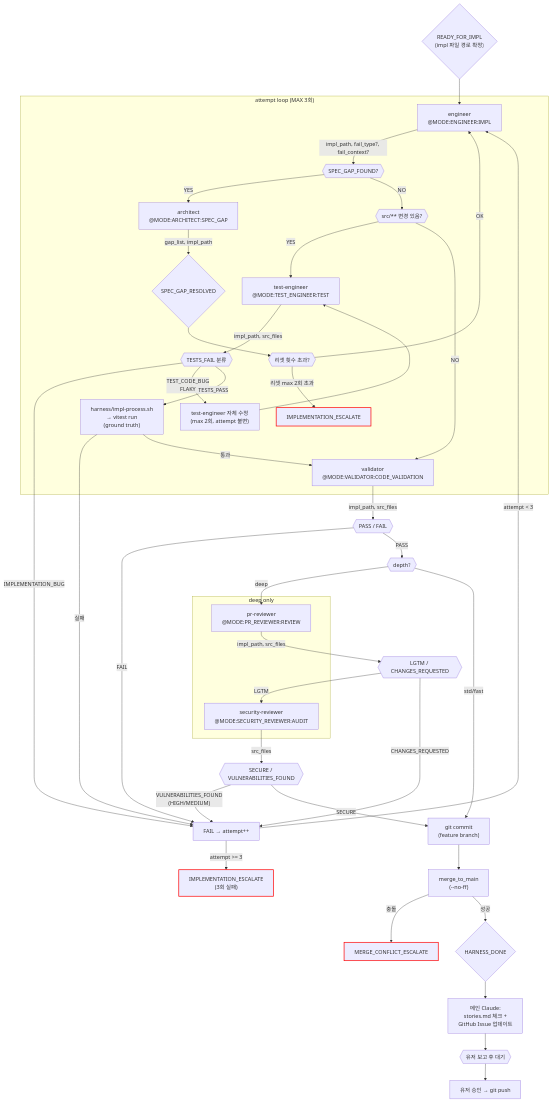
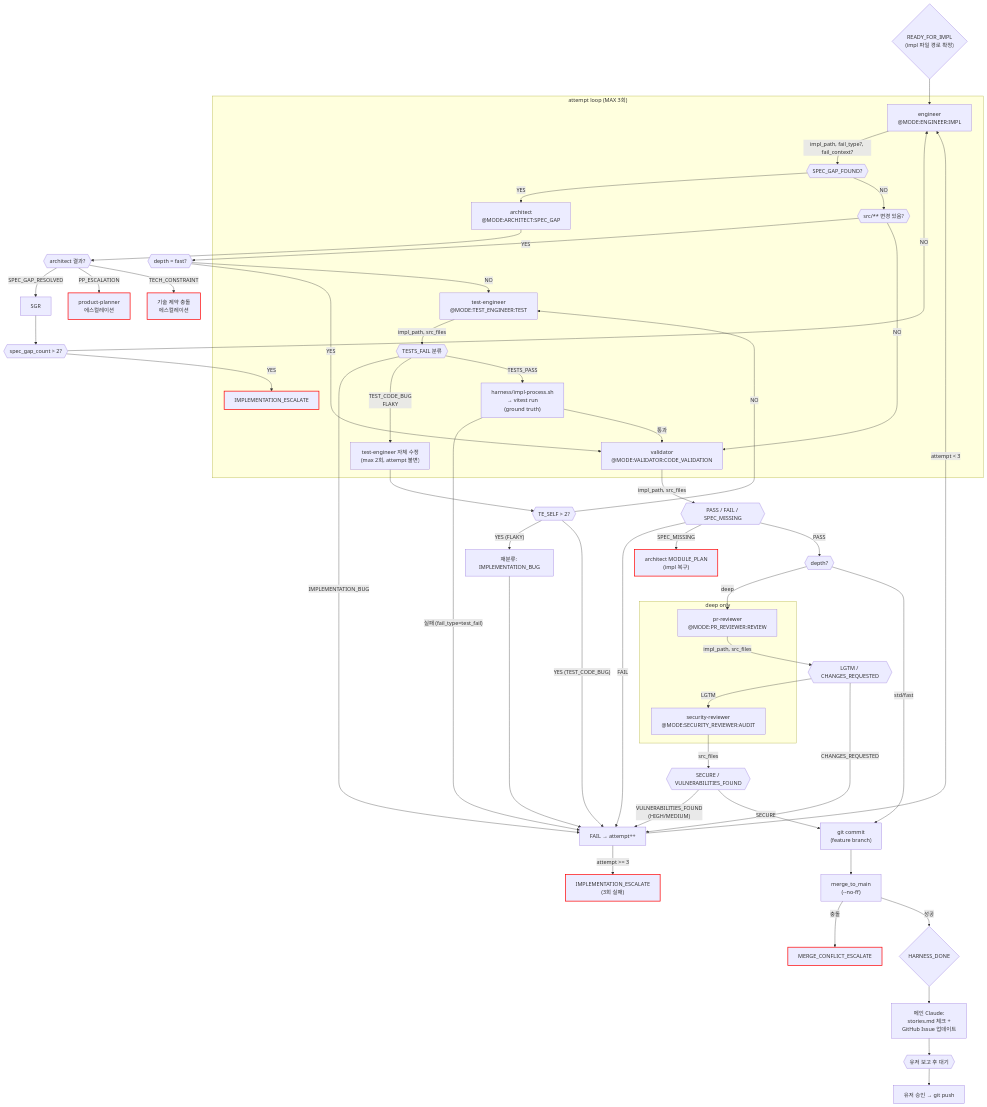
One commit to alruminum/ClaudeCodeAgentPrompt changed the second of 2 diagrams in orchestration/impl.md. Above: the diagram before and after it, drawn with Mermaid. The commit also changed other lines of this file and 4 other files, not shown here.

```diff
--- a/orchestration/impl.md
+++ b/orchestration/impl.md
@@ -47,8 +47,6 @@
         SPEC_CHK{{"SPEC_GAP_FOUND?"}}
 
         ARC_SG["architect\n@MODE:ARCHITECT:SPEC_GAP"]
-        SGR{"SPEC_GAP_RESOLVED"}
-        SG_LIMIT{{"리셋 횟수 초과?"}}
         IMPL_ESC_SG["IMPLEMENTATION_ESCALATE"]:::escalation
 
         SRC_CHK{{"src/** 변경 있음?"}}
@@ -80,27 +78,37 @@
     RFI --> ENG
     ENG -->|"impl_path, fail_type?, fail_context?"| SPEC_CHK
     SPEC_CHK -->|YES| ARC_SG
-    ARC_SG -->|"gap_list, impl_path"| SGR
-    SGR --> SG_LIMIT
-    SG_LIMIT -->|"리셋 max 2회 초과"| IMPL_ESC_SG
-    SG_LIMIT -->|OK| ENG
+    ARC_SG --> SG_RESULT{{"architect 결과?"}}
+    SG_RESULT -->|SPEC_GAP_RESOLVED| SGR
+    SG_RESULT -->|PP_ESCALATION| PP_ESC["product-planner\n에스컬레이션"]:::escalation
+    SG_RESULT -->|TECH_CONSTRAINT| TC_ESC["기술 제약 충돌\n에스컬레이션"]:::escalation
+    SGR --> SG_LIMIT{{"spec_gap_count > 2?"}}
+    SG_LIMIT -->|YES| IMPL_ESC_SG
+    SG_LIMIT -->|NO| ENG
 
     SPEC_CHK -->|NO| SRC_CHK
-    SRC_CHK -->|YES| TE
+    SRC_CHK -->|YES| DEPTH_TE{{"depth = fast?"}}
+        DEPTH_TE -->|YES| VAL_CV
+        DEPTH_TE -->|NO| TE
     TE -->|"impl_path, src_files"| TF_CHK
     TF_CHK -->|IMPLEMENTATION_BUG| FAIL_ROUTE
     TF_CHK -->|"TEST_CODE_BUG\nFLAKY"| TE_SELF
-    TE_SELF --> TE
+    TE_SELF --> TE_LIMIT{{"TE_SELF > 2?"}}
+        TE_LIMIT -->|NO| TE
+        TE_LIMIT -->|"YES (FLAKY)"| RECLASS["재분류: IMPLEMENTATION_BUG"]
+        TE_LIMIT -->|"YES (TEST_CODE_BUG)"| FAIL_ROUTE
+        RECLASS --> FAIL_ROUTE
 
     TF_CHK -->|TESTS_PASS| VITEST
-    VITEST -->|실패| FAIL_ROUTE
+    VITEST -->|"실패 (fail_type=test_fail)"| FAIL_ROUTE
     VITEST -->|통과| VAL_CV
 
     SRC_CHK -->|NO| VAL_CV
     VAL_CV -->|"impl_path, src_files"| VAL_RESULT
 
-    VAL_RESULT{{"PASS / FAIL"}}
+    VAL_RESULT{{"PASS / FAIL / SPEC_MISSING"}}
     VAL_RESULT -->|FAIL| FAIL_ROUTE
+    VAL_RESULT -->|SPEC_MISSING| SM_RECOVER["architect MODULE_PLAN\n(impl 복구)"]:::escalation
     VAL_RESULT -->|PASS| DEPTH_CHK
 
     DEPTH_CHK{{"depth?"}}
```
